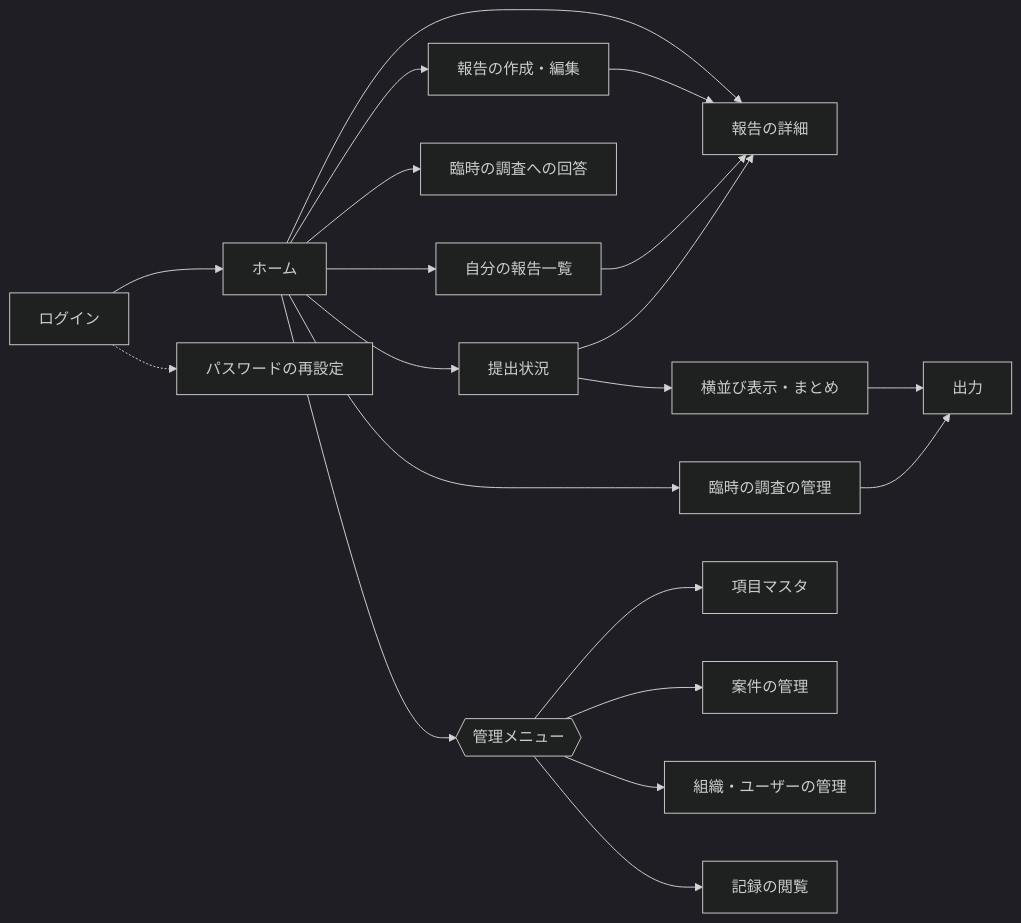
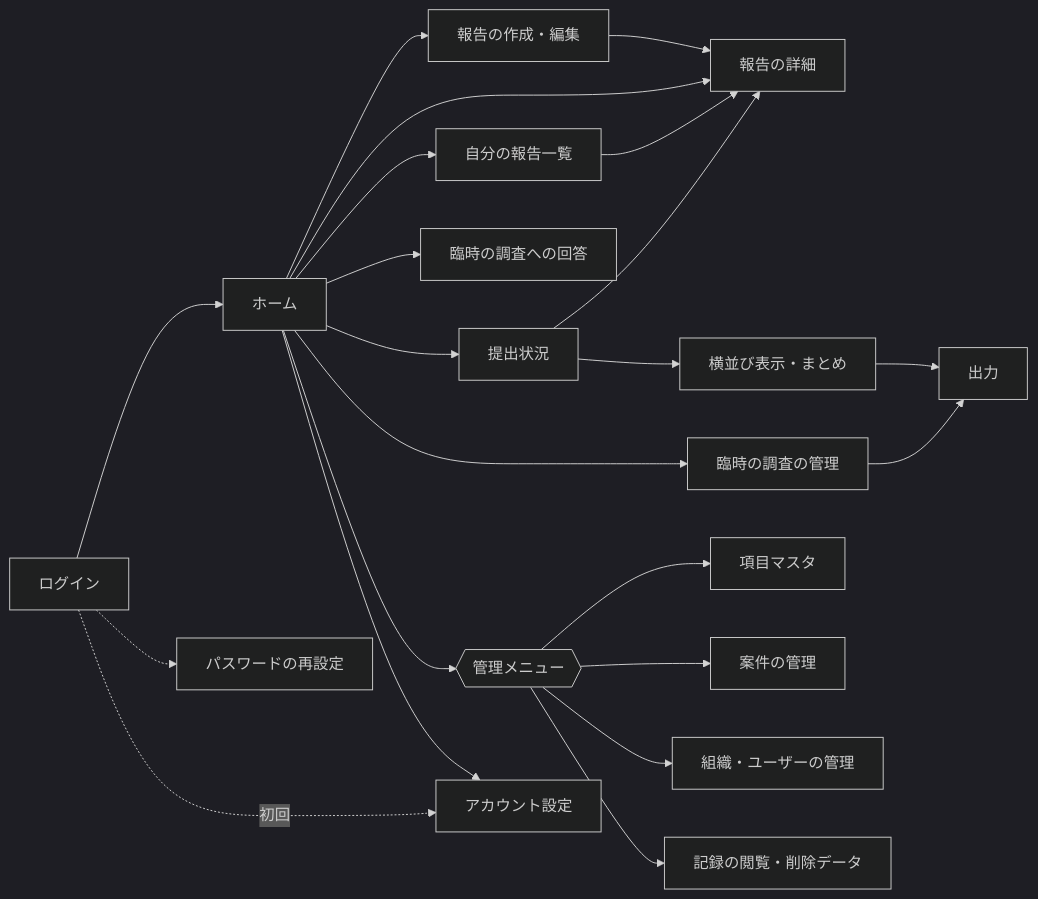
Before and after one commit to kazuaki-ishihara/report-system: the fourth of 6 diagrams in docs/basic_design.md, drawn with Mermaid (dark theme). The commit also changed other lines of this file and 20 other files, not shown here.

````diff
--- a/docs/basic_design.md
+++ b/docs/basic_design.md
@@ -263,22 +264,24 @@
 ```mermaid
 flowchart LR
     G01[ログイン] --> G03[ホーム]
     G01 -.-> G02[パスワードの再設定]
     G03 --> G04[報告の作成・編集]
     G03 --> G05[報告の詳細]
     G03 --> G06[自分の報告一覧]
     G03 --> G07[臨時の調査への回答]
     G03 --> G08[提出状況]
     G04 --> G05
     G06 --> G05
     G08 --> G05
     G08 --> G09[横並び表示・まとめ]
     G09 --> G10[出力]
     G03 --> G11[臨時の調査の管理]
     G11 --> G10
     G03 --> M{{管理メニュー}}
     M --> G12[項目マスタ]
     M --> G13[案件の管理]
     M --> G14[組織・ユーザーの管理]
-    M --> G15[記録の閲覧]
+    M --> G15[記録の閲覧・削除データ]
+    G03 --> G16[アカウント設定]
+    G01 -.初回.-> G16
 ```
````
